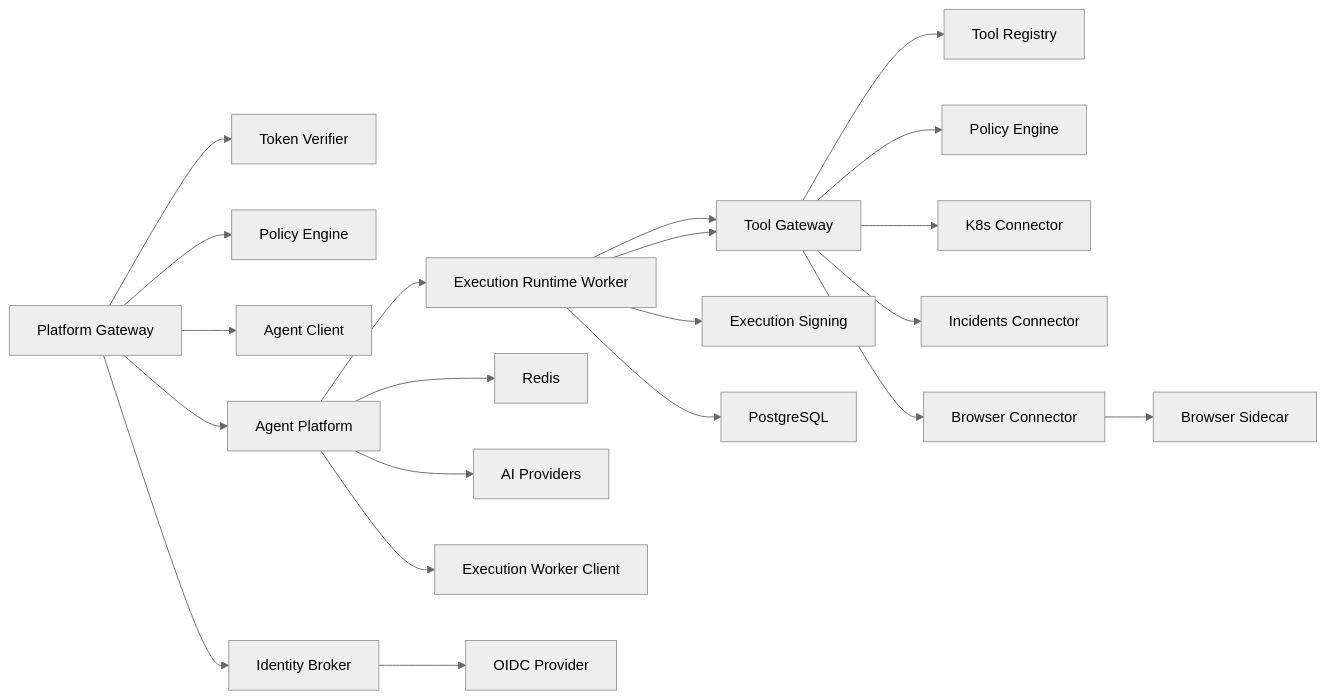
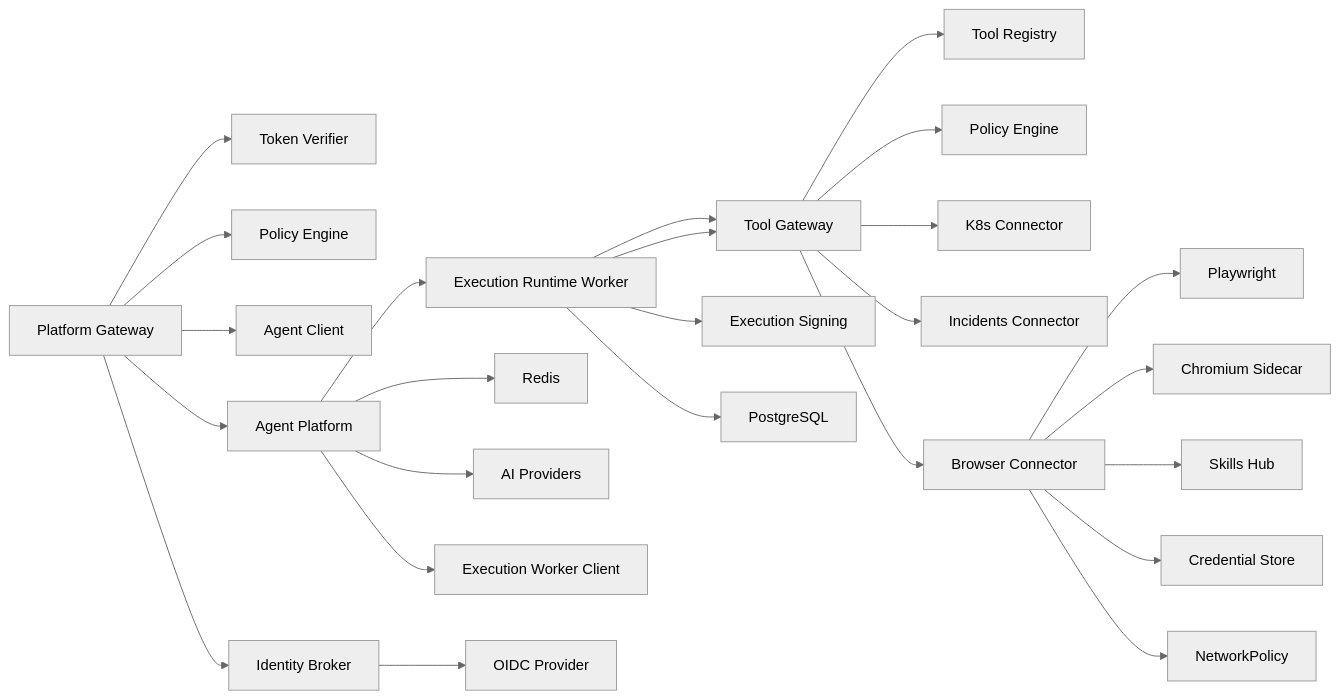
One commit to metasync/luban-aiops changed diagram 12 of 13 in .qoder/repowiki/en/content/Architecture Documentation/Architecture Documentation.md. Above: the diagram before and after it, drawn with Mermaid (neutral theme). The commit also changed other lines of this file and 6 other files, not shown here.

````diff
--- a/.qoder/repowiki/en/content/Architecture Documentation/Architecture Documentation.md
+++ b/.qoder/repowiki/en/content/Architecture Documentation/Architecture Documentation.md
@@ -705,23 +917,27 @@
 ```mermaid
 graph LR
 PG["Platform Gateway"] --> TV["Token Verifier"]
 PG --> PE["Policy Engine"]
 PG --> AC["Agent Client"]
 TG["Tool Gateway"] --> TR["Tool Registry"]
 TG --> PE2["Policy Engine"]
 TG --> KC["K8s Connector"]
 TG --> IC["Incidents Connector"]
 TG --> BC["Browser Connector"]
 ERW["Execution Runtime Worker"] --> TG
 ERW --> ES["Execution Signing"]
 ERW --> PG2["PostgreSQL"]
 AP["Agent Platform"] --> RS["Redis"]
 AP --> PR["AI Providers"]
 AP --> EWC["Execution Worker Client"]
 IB["Identity Broker"] --> OIDC["OIDC Provider"]
 PG --> AP
 PG --> IB
 AP --> ERW
 ERW --> TG
-BC --> BROWSER["Browser Sidecar"]
+BC --> PW["Playwright"]
+BC --> CH["Chromium Sidecar"]
+BC --> SH["Skills Hub"]
+BC --> CS["Credential Store"]
+BC --> NP["NetworkPolicy"]
 ```
````
